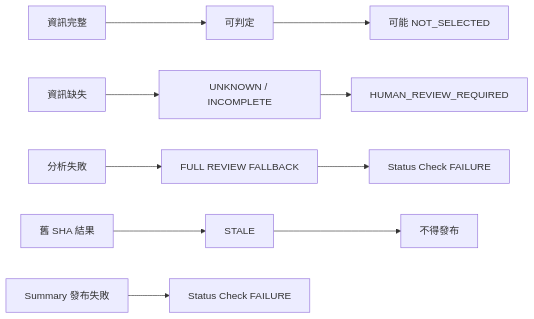
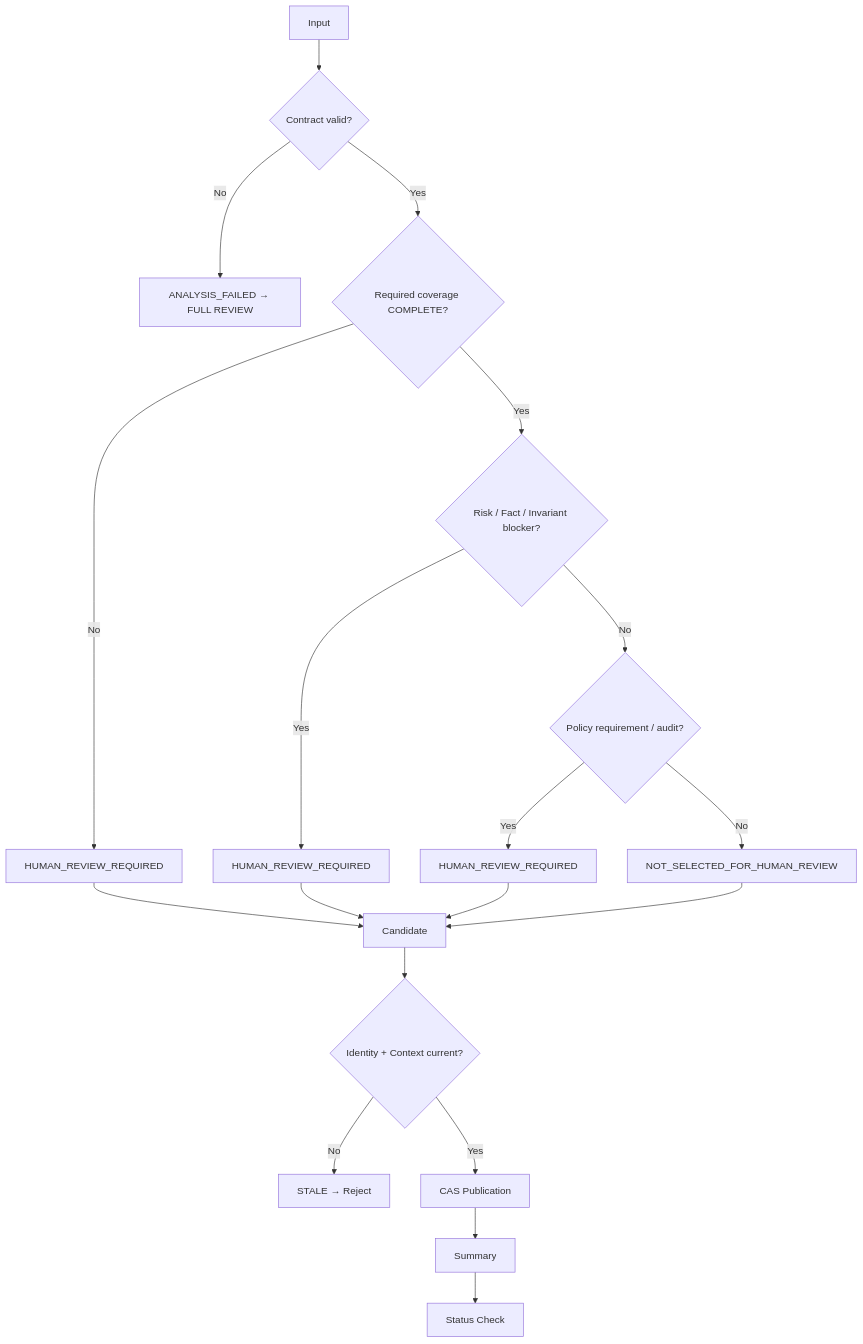
One commit to ChenHom/reviewer changed the second of 2 diagrams in docs/safety-mvp-architecture.md. Above: the diagram before and after it, drawn with Mermaid. The commit also changed other lines of this file and 3 other files, not shown here.

````diff
--- a/docs/safety-mvp-architecture.md
+++ b/docs/safety-mvp-architecture.md
@@ -162,16 +127,26 @@
 ```mermaid
-flowchart LR
-    A["資訊完整"] --> B["可判定"]
-    B --> C["可能 NOT_SELECTED"]
+flowchart TD
+    A["Input"] --> B{"Contract valid?"}
+    B -->|No| X["ANALYSIS_FAILED → FULL REVIEW"]
 
-    D["資訊缺失"] --> E["UNKNOWN / INCOMPLETE"]
-    E --> F["HUMAN_REVIEW_REQUIRED"]
+    B -->|Yes| C{"Required coverage COMPLETE?"}
+    C -->|No| D["HUMAN_REVIEW_REQUIRED"]
 
-    G["分析失敗"] --> H["FULL REVIEW FALLBACK"]
-    H --> I["Status Check FAILURE"]
+    C -->|Yes| E{"Risk / Fact / Invariant blocker?"}
+    E -->|Yes| F["HUMAN_REVIEW_REQUIRED"]
 
-    J["舊 SHA 結果"] --> K["STALE"]
-    K --> L["不得發布"]
+    E -->|No| G{"Policy requirement / audit?"}
+    G -->|Yes| H["HUMAN_REVIEW_REQUIRED"]
+    G -->|No| I["NOT_SELECTED_FOR_HUMAN_REVIEW"]
 
-    M["Summary 發布失敗"] --> N["Status Check FAILURE"]
+    D --> J["Candidate"]
+    F --> J
+    H --> J
+    I --> J
+
+    J --> K{"Identity + Context current?"}
+    K -->|No| L["STALE → Reject"]
+    K -->|Yes| M["CAS Publication"]
+    M --> N["Summary"]
+    N --> O["Status Check"]
 ```
````
